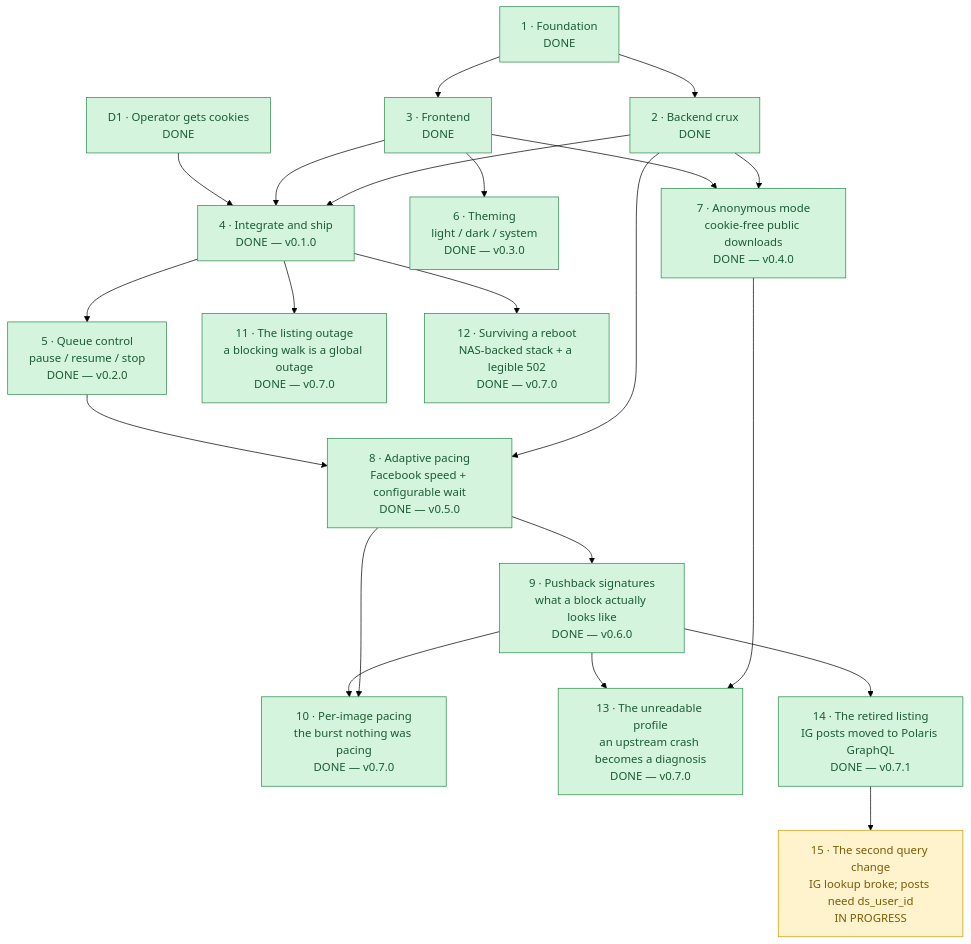
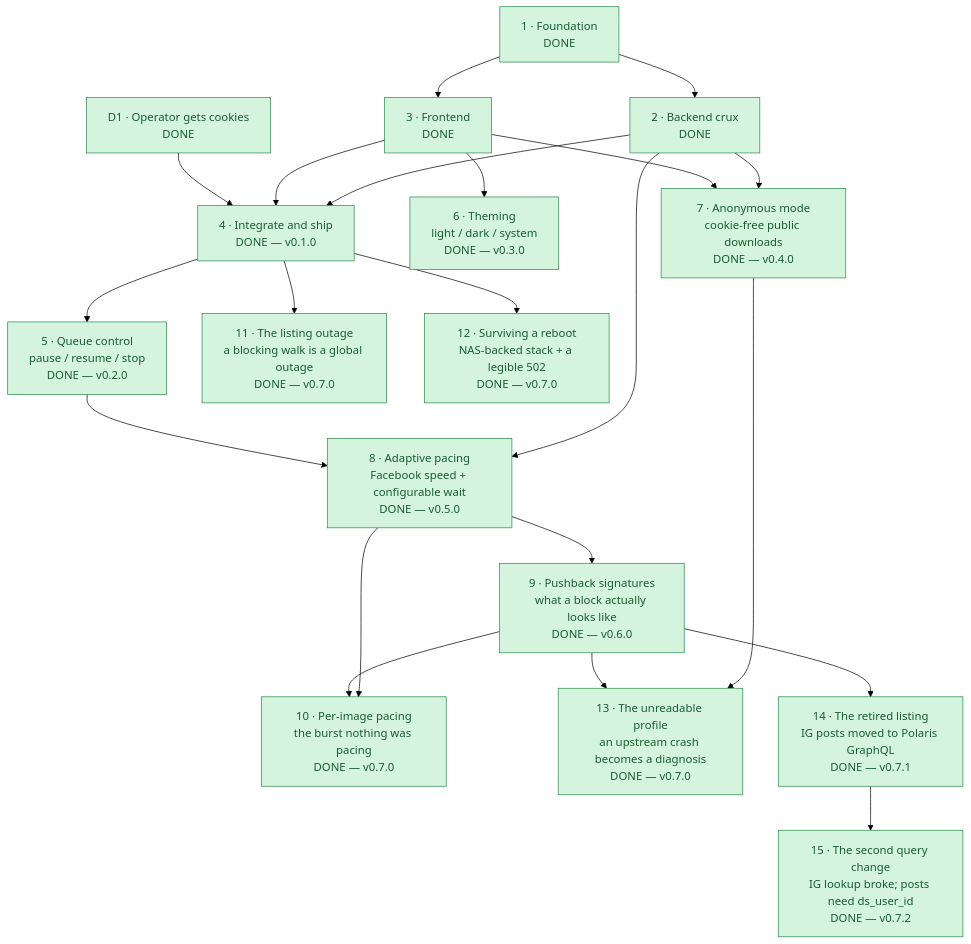
The diagram in ROADMAP.md (lumduan/gallery-dl-web), drawn with Mermaid (forest theme) before and after one commit. The commit also changed other lines of this file and 6 other files, not shown here.

````diff
--- a/ROADMAP.md
+++ b/ROADMAP.md
@@ -8,44 +8,44 @@
 ```mermaid
 flowchart TD
     P1["1 · Foundation<br/>DONE"] --> P2["2 · Backend crux<br/>DONE"]
     P1 --> P3["3 · Frontend<br/>DONE"]
     P2 --> P4["4 · Integrate and ship<br/>DONE — v0.1.0"]
     P3 --> P4
     D1["D1 · Operator gets cookies<br/>DONE"] --> P4
     P4 --> P5["5 · Queue control<br/>pause / resume / stop<br/>DONE — v0.2.0"]
     P3 --> P6["6 · Theming<br/>light / dark / system<br/>DONE — v0.3.0"]
     P2 --> P7["7 · Anonymous mode<br/>cookie-free public downloads<br/>DONE — v0.4.0"]
     P3 --> P7
     P2 --> P8["8 · Adaptive pacing<br/>Facebook speed + configurable wait<br/>DONE — v0.5.0"]
     P5 --> P8
     P8 --> P9["9 · Pushback signatures<br/>what a block actually looks like<br/>DONE — v0.6.0"]
     P8 --> P10["10 · Per-image pacing<br/>the burst nothing was pacing<br/>DONE — v0.7.0"]
     P9 --> P10
     P4 --> P11["11 · The listing outage<br/>a blocking walk is a global outage<br/>DONE — v0.7.0"]
     P4 --> P12["12 · Surviving a reboot<br/>NAS-backed stack + a legible 502<br/>DONE — v0.7.0"]
     P7 --> P13["13 · The unreadable profile<br/>an upstream crash becomes a diagnosis<br/>DONE — v0.7.0"]
     P9 --> P13
     P9 --> P14["14 · The retired listing<br/>IG posts moved to Polaris GraphQL<br/>DONE — v0.7.1"]
-    P14 --> P15["15 · The second query change<br/>IG lookup broke; posts need ds_user_id<br/>IN PROGRESS"]
+    P14 --> P15["15 · The second query change<br/>IG lookup broke; posts need ds_user_id<br/>DONE — v0.7.2"]
 
     classDef done     fill:#d4f4dd,stroke:#2d8a4e,color:#1a5c33
     classDef active   fill:#fff3cd,stroke:#cc9a06,color:#7a5c04
     classDef decision fill:#fde0e0,stroke:#d05555,color:#8f2e2e
 
     class P9 done
     class P10 done
     class P11 done
     class P12 done
     class P13 done
     class P14 done
-    class P15 active
+    class P15 done
     class P1 done
     class P2 done
     class P3 done
     class P4 done
     class P5 done
     class P6 done
     class D1 done
     class P7 done
     class P8 done
 ```
````
